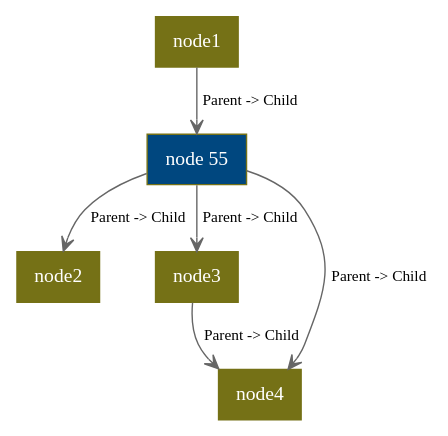
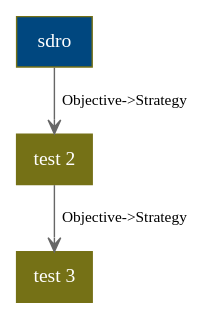
Before and after one commit to mickmioduszewski/digraph-rails: the diagram in public/mickdot.dot, drawn with Graphviz. The commit also changed 22 other files, not shown here.

```diff
--- a/public/mickdot.dot
+++ b/public/mickdot.dot
@@ -1,14 +1,9 @@
 digraph G { 
 edge [color="#666666", arrowhead="open", fontname="Trebuchet MS", fontsize="11"] 
 node [color="#757116", style=filled, shape=box, fontname="Trebuchet MS", fontcolor="White"]
-n13 [URL="/nodes/13",  label="node 55", style=filled fillcolor="#00477f"]
-n1 [URL="/nodes/1",  label="node1"]
-n2 [URL="/nodes/2",  label="node2"]
-n3 [URL="/nodes/3",  label="node3"]
-n4 [URL="/nodes/4",  label="node4"]
-n1 -> n13 [URL="/edges/19",  label="Parent -> Child"]
-n13 -> n2 [URL="/edges/20",  label="Parent -> Child"]
-n13 -> n3 [URL="/edges/21",  label="Parent -> Child"]
-n3 -> n4 [URL="/edges/23",  label="Parent -> Child"]
-n13 -> n4 [URL="/edges/22",  label="Parent -> Child"]
+n1 [URL="/nodes/1",  label="sdro", style=filled fillcolor="#00477f"]
+n3 [URL="/nodes/3",  label="test 2"]
+n5 [URL="/nodes/5",  label="test 3"]
+n1 -> n3 [URL="/edges/2",  label="Objective->Strategy"]
+n3 -> n5 [URL="/edges/6",  label="Objective->Strategy"]
   }
```
